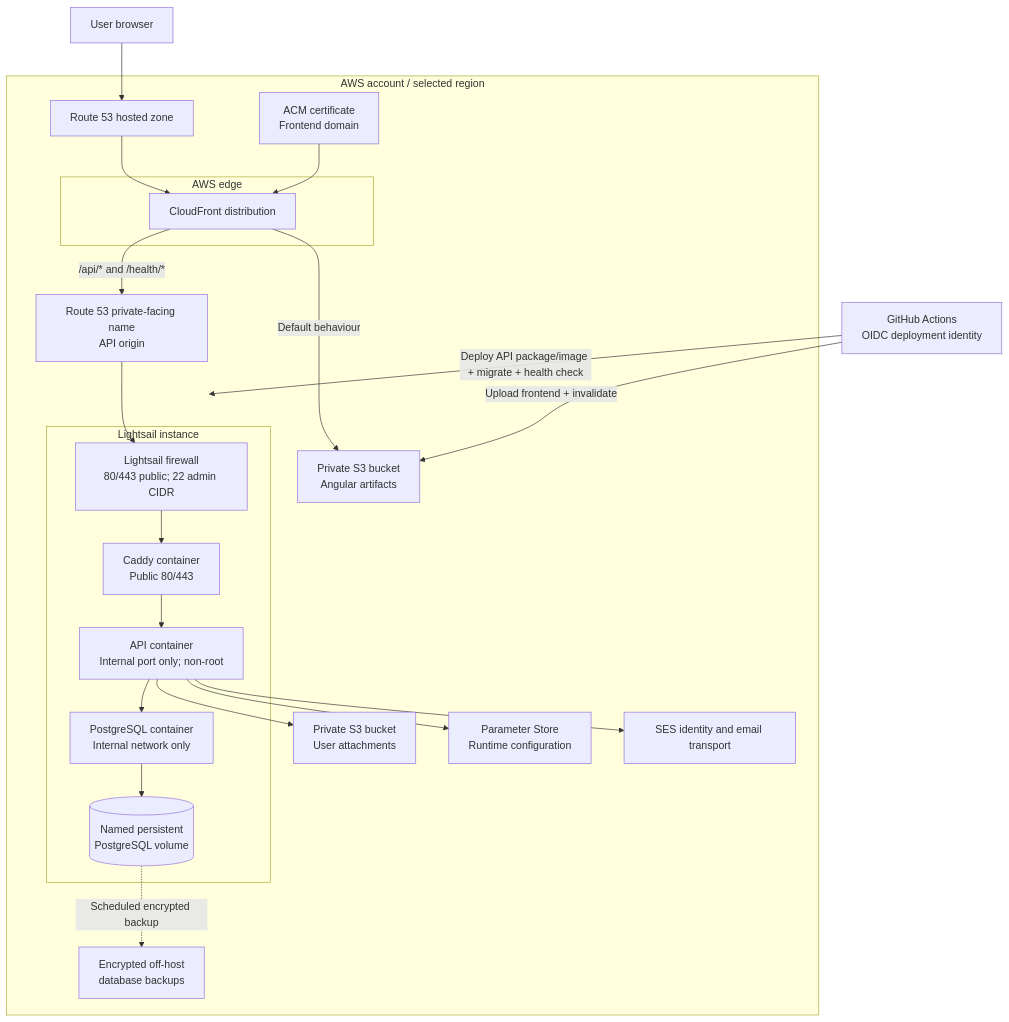
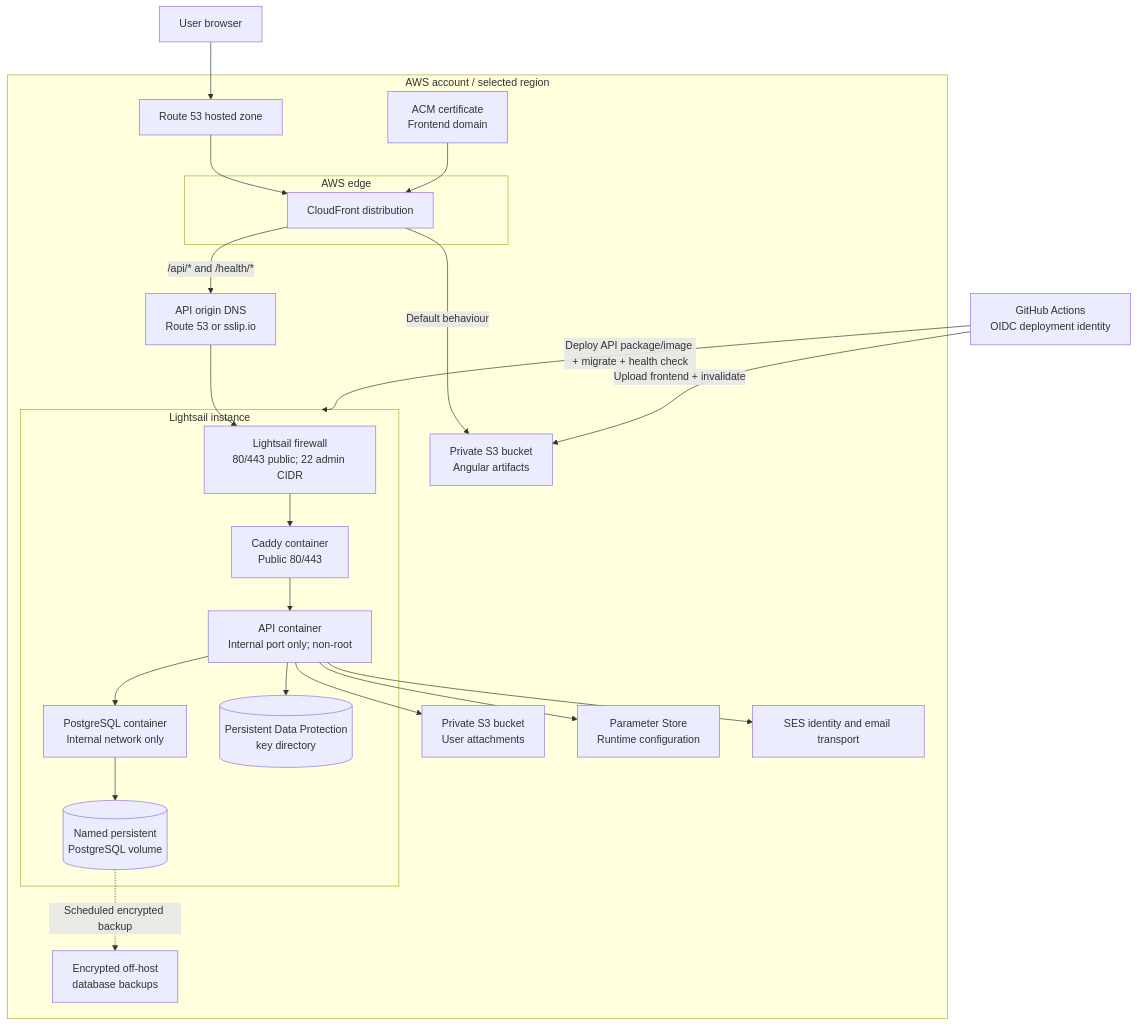
Before and after one commit to john4ani/rfq-marketplace: the diagram in docs/architecture/deployment.md, drawn with Mermaid. The commit also changed other lines of this file and 73 other files, not shown here.

````diff
--- a/docs/architecture/deployment.md
+++ b/docs/architecture/deployment.md
@@ -5,47 +5,49 @@
 ```mermaid
 flowchart TB
     user["User browser"]
     github["GitHub Actions<br/>OIDC deployment identity"]
 
     subgraph AWS["AWS account / selected region"]
         route53["Route 53 hosted zone"]
         cert["ACM certificate<br/>Frontend domain"]
 
         subgraph Edge["AWS edge"]
             cloudfront["CloudFront distribution"]
         end
 
         frontend["Private S3 bucket<br/>Angular artifacts"]
-        apiOriginDns["Route 53 private-facing name<br/>API origin"]
+        apiOriginDns["API origin DNS<br/>Route 53 or sslip.io"]
         attachments["Private S3 bucket<br/>User attachments"]
         parameters["Parameter Store<br/>Runtime configuration"]
         ses["SES identity and email transport"]
 
         subgraph Lightsail["Lightsail instance"]
             firewall["Lightsail firewall<br/>80/443 public; 22 admin CIDR"]
             caddy["Caddy container<br/>Public 80/443"]
             api["API container<br/>Internal port only; non-root"]
             postgres["PostgreSQL container<br/>Internal network only"]
             volume[("Named persistent<br/>PostgreSQL volume")]
+            keys[("Persistent Data Protection<br/>key directory")]
         end
 
         backups["Encrypted off-host<br/>database backups"]
     end
 
     user --> route53
     route53 --> cloudfront
     cloudfront -->|"Default behaviour"| frontend
     cloudfront -->|"/api/* and /health/*"| apiOriginDns
     apiOriginDns --> firewall
     firewall --> caddy
     caddy --> api
+    api --> keys
     api --> postgres
     postgres --> volume
     api --> attachments
     api --> parameters
     api --> ses
     volume -.->|"Scheduled encrypted backup"| backups
     cert --> cloudfront
     github -->|"Upload frontend + invalidate"| frontend
     github -->|"Deploy API package/image + migrate + health check"| Lightsail
 ```
````
